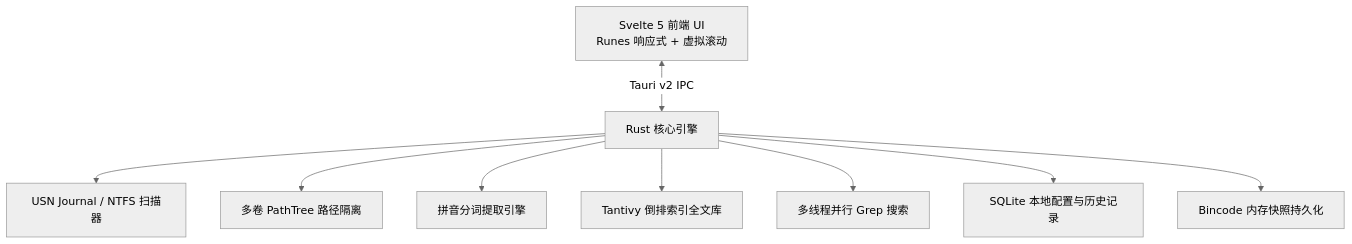
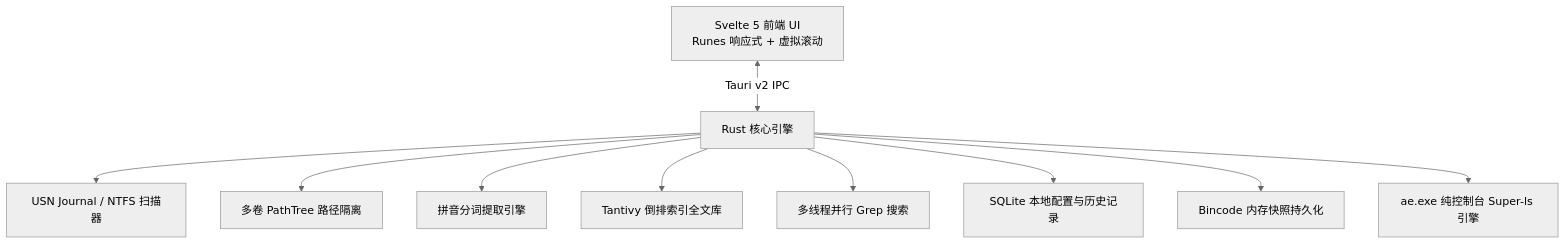
The diagram in README.md (xiaobude/anyecho), drawn with Mermaid (neutral theme) before and after one commit. The commit also changed other lines of this file, not shown here.

Commit message:
docs: Add detailed regex search syntax table and ae CLI super-ls documentation

````diff
--- a/README.md
+++ b/README.md
@@ -88,11 +168,12 @@
 ```mermaid
 graph TD
     A[Svelte 5 前端 UI\nRunes 响应式 + 虚拟滚动] <-->|Tauri v2 IPC| B[Rust 核心引擎]
     B --> C[USN Journal / NTFS 扫描器]
     B --> D[多卷 PathTree 路径隔离]
     B --> E[拼音分词提取引擎]
     B --> F[Tantivy 倒排索引全文库]
     B --> G[多线程并行 Grep 搜索]
     B --> H[SQLite 本地配置与历史记录]
     B --> I[Bincode 内存快照持久化]
+    B --> J[ae.exe 纯控制台 Super-ls 引擎]
 ```
````
